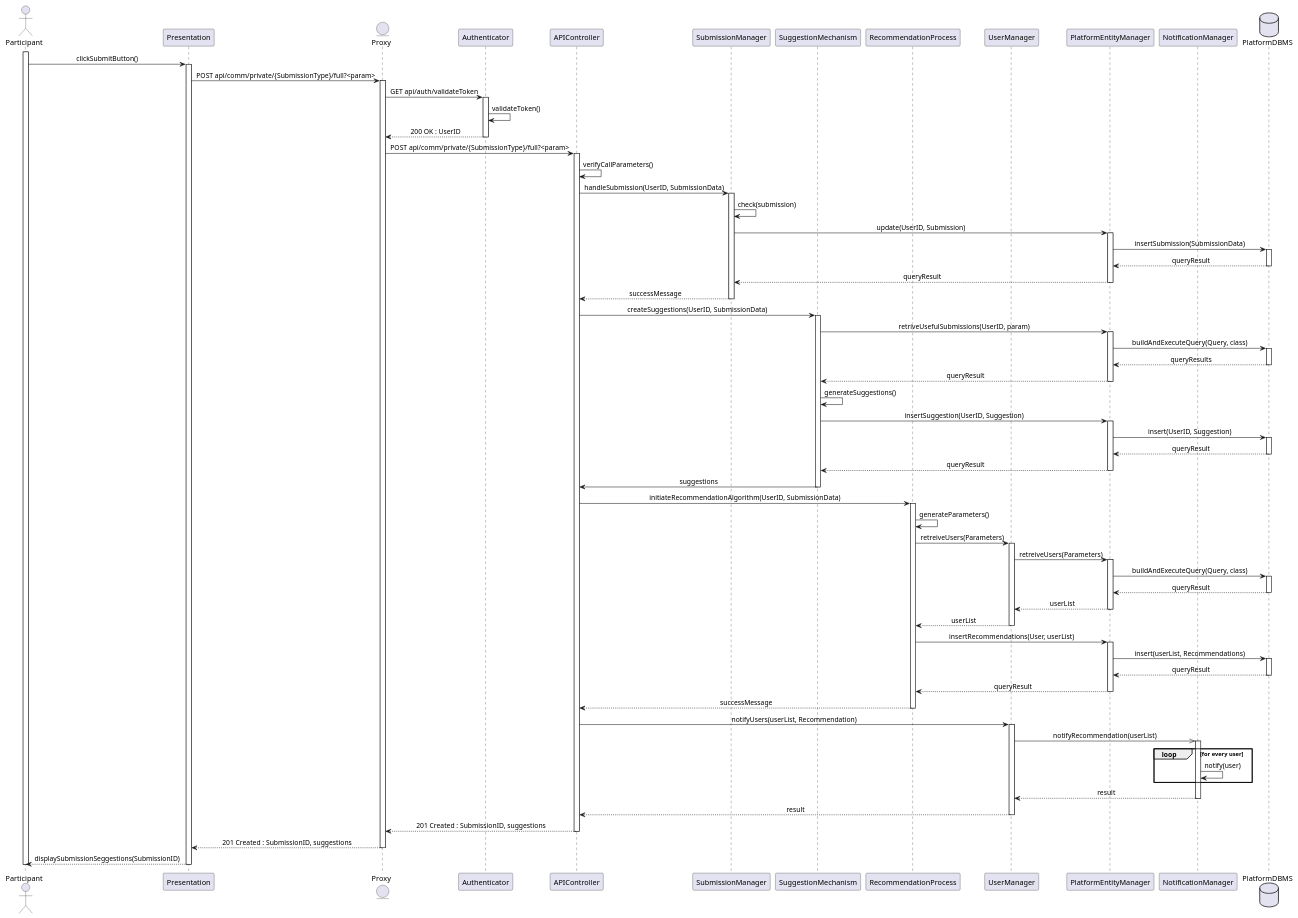
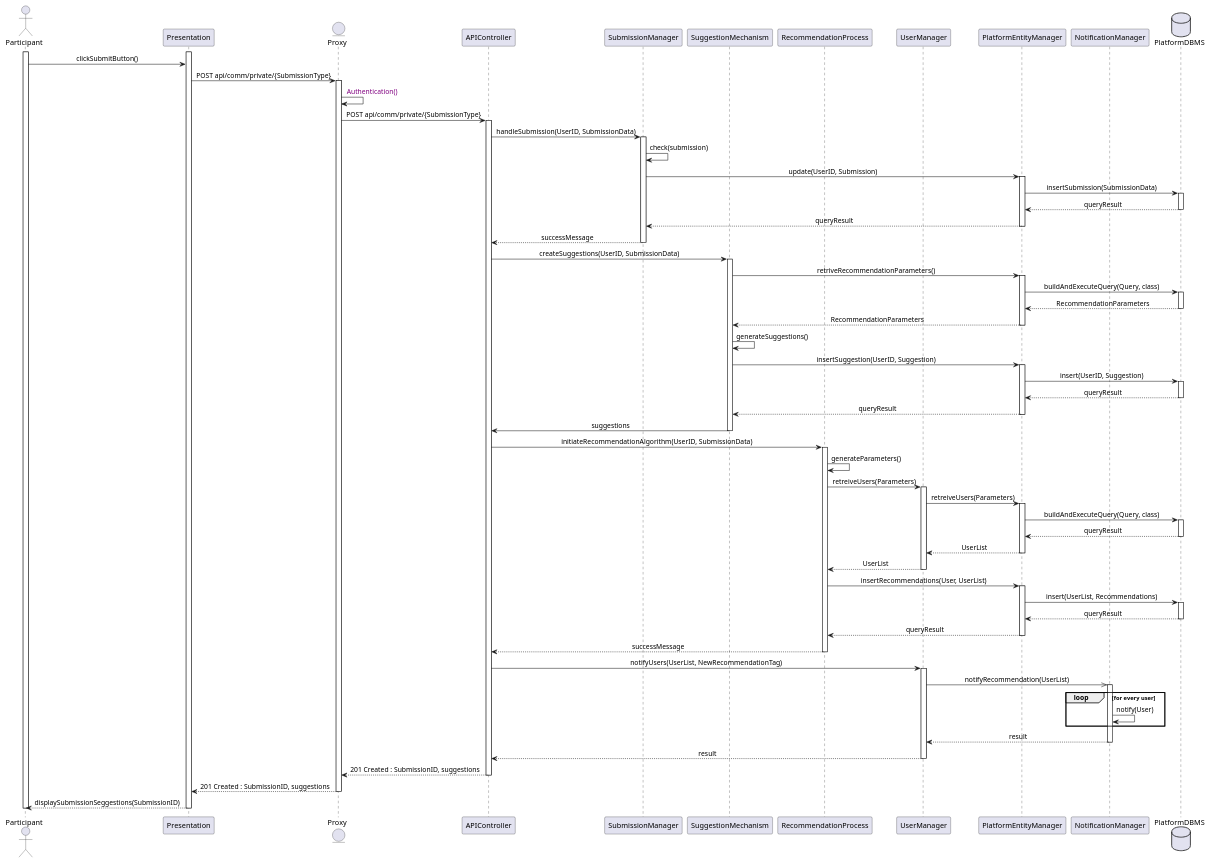
The diagram in Diagrams/SequenceDiagrams/DD/3ParticipantSubmission.wsd (Slaitroc/RicciPaoliGrisoni), drawn with PlantUML before and after one commit.

Commit message:
refactor: streamline autentication from participant submission

```diff
--- a/Diagrams/SequenceDiagrams/DD/3ParticipantSubmission.wsd
+++ b/Diagrams/SequenceDiagrams/DD/3ParticipantSubmission.wsd
@@ -1,87 +1,72 @@
 @startuml ParticipantSubmission
 skinparam sequenceMessageAlign center
 actor       Participant
 participant Presentation
 entity      Proxy
-participant Authenticator
 participant APIController
 participant SubmissionManager
 participant SuggestionMechanism
 participant RecommendationProcess
 participant UserManager
 participant PlatformEntityManager
 participant NotificationManager
 database    PlatformDBMS
 
 activate Participant
+activate Presentation
 Participant -> Presentation : clickSubmitButton()
-activate Presentation
-Presentation -> Proxy : POST api/comm/private/{SubmissionType}/full?<param>
-activate Proxy
-
-Proxy -> Authenticator : GET api/auth/validateToken
-activate Authenticator
-Authenticator -> Authenticator : validateToken()
-Authenticator --> Proxy : 200 OK : UserID
-deactivate Authenticator
-
-Proxy -> APIController ++ : POST api/comm/private/{SubmissionType}/full?<param>
-APIController -> APIController : verifyCallParameters()
+Presentation -> Proxy ++ : POST api/comm/private/{SubmissionType}
+Proxy -> Proxy  : <color:purple> Authentication()
+Proxy -> APIController ++ : POST api/comm/private/{SubmissionType}
 APIController -> SubmissionManager : handleSubmission(UserID, SubmissionData)
 activate SubmissionManager
 SubmissionManager -> SubmissionManager : check(submission)
-'alt failure: missingData
-'    SubmissionManager --> APIController : failureMessage
-'    APIController --> Proxy : 412 Precondition Failed
-'    Proxy --> Presentation : 412 Precondition Failed
-'    Presentation --> Participant : showMissingDataMessage())
-'end
 SubmissionManager -> PlatformEntityManager : update(UserID, Submission)
 activate PlatformEntityManager
 PlatformEntityManager -> PlatformDBMS : insertSubmission(SubmissionData)
 activate PlatformDBMS
 PlatformDBMS --> PlatformEntityManager : queryResult
 deactivate PlatformDBMS
 PlatformEntityManager --> SubmissionManager : queryResult
 deactivate PlatformEntityManager
 SubmissionManager --> APIController : successMessage
 deactivate SubmissionManager
 APIController -> SuggestionMechanism ++ : createSuggestions(UserID, SubmissionData)
-SuggestionMechanism -> PlatformEntityManager ++ : retriveUsefulSubmissions(UserID, param)
+SuggestionMechanism -> PlatformEntityManager ++ : retriveRecommendationParameters()
 PlatformEntityManager -> PlatformDBMS ++ : buildAndExecuteQuery(Query, class)
-PlatformDBMS --> PlatformEntityManager -- : queryResults
-PlatformEntityManager --> SuggestionMechanism -- : queryResult
+PlatformDBMS --> PlatformEntityManager -- : RecommendationParameters
+PlatformEntityManager --> SuggestionMechanism -- : RecommendationParameters
 SuggestionMechanism -> SuggestionMechanism : generateSuggestions()
 SuggestionMechanism -> PlatformEntityManager ++ : insertSuggestion(UserID, Suggestion)
 PlatformEntityManager -> PlatformDBMS ++ : insert(UserID, Suggestion)
 PlatformDBMS --> PlatformEntityManager -- : queryResult
 PlatformEntityManager -->  SuggestionMechanism -- : queryResult
 SuggestionMechanism -> APIController -- : suggestions
 APIController -> RecommendationProcess ++ : initiateRecommendationAlgorithm(UserID, SubmissionData)
 RecommendationProcess -> RecommendationProcess : generateParameters()
 RecommendationProcess -> UserManager ++ : retreiveUsers(Parameters)
 UserManager -> PlatformEntityManager ++ : retreiveUsers(Parameters)
 PlatformEntityManager -> PlatformDBMS ++ : buildAndExecuteQuery(Query, class)
 PlatformDBMS --> PlatformEntityManager -- : queryResult
-PlatformEntityManager --> UserManager -- : userList
-UserManager --> RecommendationProcess -- : userList
-RecommendationProcess -> PlatformEntityManager ++ : insertRecommendations(User, userList)
-PlatformEntityManager -> PlatformDBMS ++ : insert(userList, Recommendations)
+PlatformEntityManager --> UserManager -- : UserList
+UserManager --> RecommendationProcess -- : UserList
+RecommendationProcess -> PlatformEntityManager ++ : insertRecommendations(User, UserList)
+PlatformEntityManager -> PlatformDBMS ++ : insert(UserList, Recommendations)
 PlatformDBMS --> PlatformEntityManager -- : queryResult
 PlatformEntityManager -->  RecommendationProcess -- : queryResult
 RecommendationProcess --> APIController -- : successMessage
-APIController -> UserManager ++ : notifyUsers(userList, Recommendation)
-UserManager ->> NotificationManager ++ : notifyRecommendation(userList)
+APIController -> UserManager ++ : notifyUsers(UserList, NewRecommendationTag)
+UserManager ->> NotificationManager ++ : notifyRecommendation(UserList)
 loop for every user
-    NotificationManager -> NotificationManager : notify(user)
+    NotificationManager -> NotificationManager : notify(User)
 end
 NotificationManager --> UserManager -- : result
 UserManager --> APIController -- : result
 APIController --> Proxy : 201 Created : SubmissionID, suggestions
 deactivate APIController
 Proxy --> Presentation : 201 Created : SubmissionID, suggestions
 deactivate Proxy
 Presentation --> Participant : displaySubmissionSeggestions(SubmissionID)
 deactivate Presentation
 deactivate Participant
 @enduml
```
